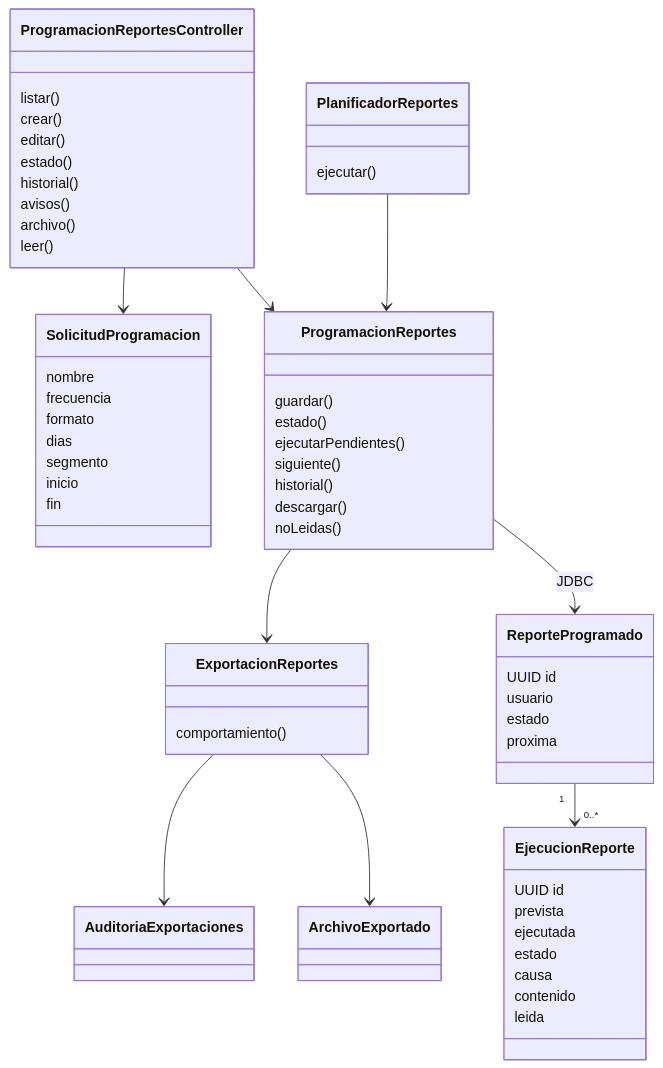
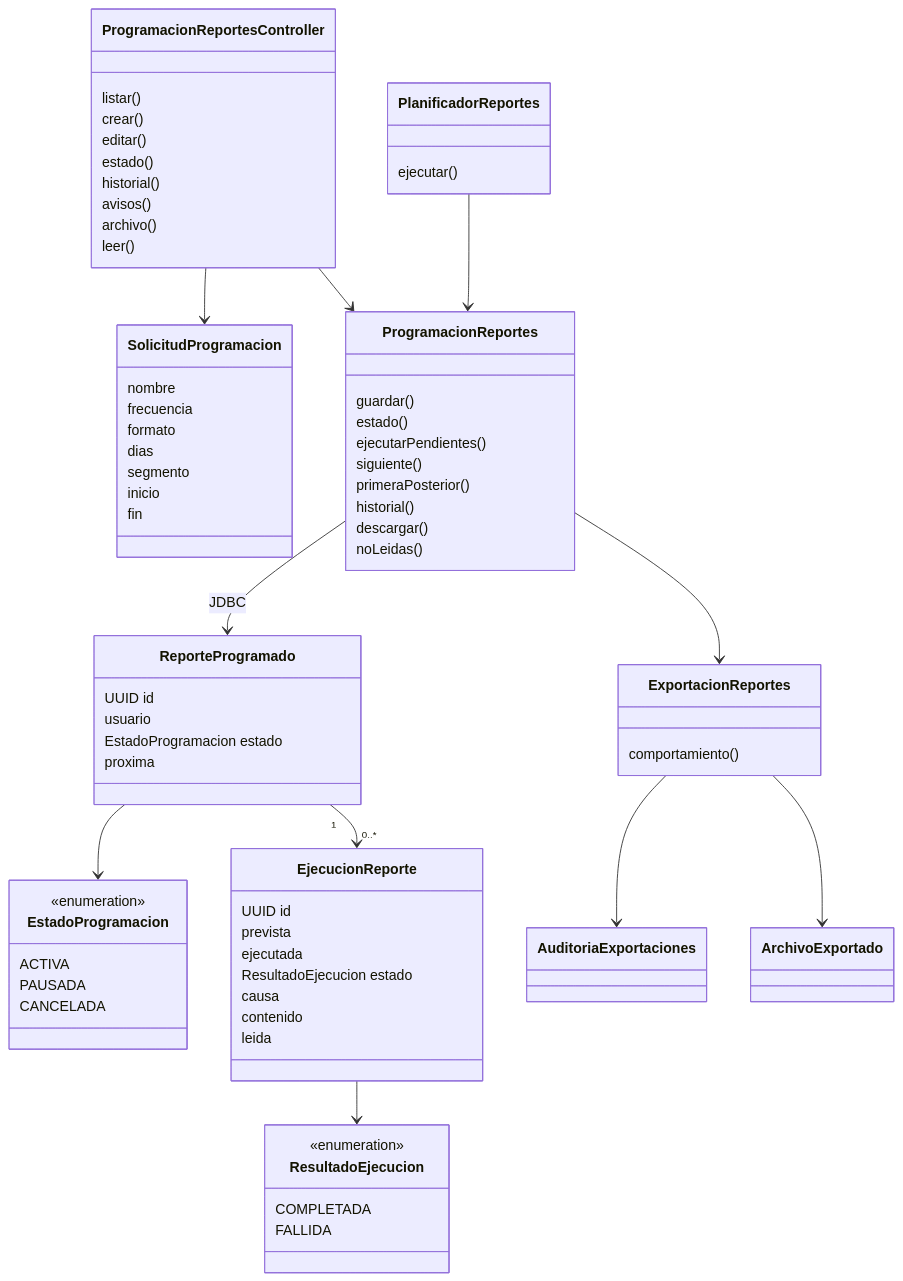
Before and after one commit to daniel69zz/equipob-crm: the first of 2 diagrams in docs/compra/reportes-programados-diagramas.md, drawn with Mermaid. The commit also changed 1 other file, not shown here.

Commit message:
docs(compra): SCRUM-61 actualizar la documentacion y el diagrama de clases de los reportes programados

````diff
--- a/docs/compra/reportes-programados-diagramas.md
+++ b/docs/compra/reportes-programados-diagramas.md
@@ -5,60 +5,74 @@
 ```mermaid
 classDiagram
     class SolicitudProgramacion {
         nombre
         frecuencia
         formato
         dias
         segmento
         inicio
         fin
     }
     class ProgramacionReportesController {
         listar()
         crear()
         editar()
         estado()
         historial()
         avisos()
         archivo()
         leer()
     }
     class ProgramacionReportes {
         guardar()
         estado()
         ejecutarPendientes()
         siguiente()
+        primeraPosterior()
         historial()
         descargar()
         noLeidas()
     }
     class PlanificadorReportes {
         ejecutar()
     }
     class ExportacionReportes {
         comportamiento()
     }
+    class EstadoProgramacion {
+        <<enumeration>>
+        ACTIVA
+        PAUSADA
+        CANCELADA
+    }
+    class ResultadoEjecucion {
+        <<enumeration>>
+        COMPLETADA
+        FALLIDA
+    }
     class ReporteProgramado {
         UUID id
         usuario
-        estado
+        EstadoProgramacion estado
         proxima
     }
     class EjecucionReporte {
         UUID id
         prevista
         ejecutada
-        estado
+        ResultadoEjecucion estado
         causa
         contenido
         leida
     }
     ProgramacionReportesController --> SolicitudProgramacion
     ProgramacionReportesController --> ProgramacionReportes
     PlanificadorReportes --> ProgramacionReportes
     ProgramacionReportes --> ExportacionReportes
     ProgramacionReportes --> ReporteProgramado : JDBC
     ReporteProgramado "1" --> "0..*" EjecucionReporte
+    ReporteProgramado --> EstadoProgramacion
+    EjecucionReporte --> ResultadoEjecucion
     ExportacionReportes --> AuditoriaExportaciones
     ExportacionReportes --> ArchivoExportado
 ```
````
